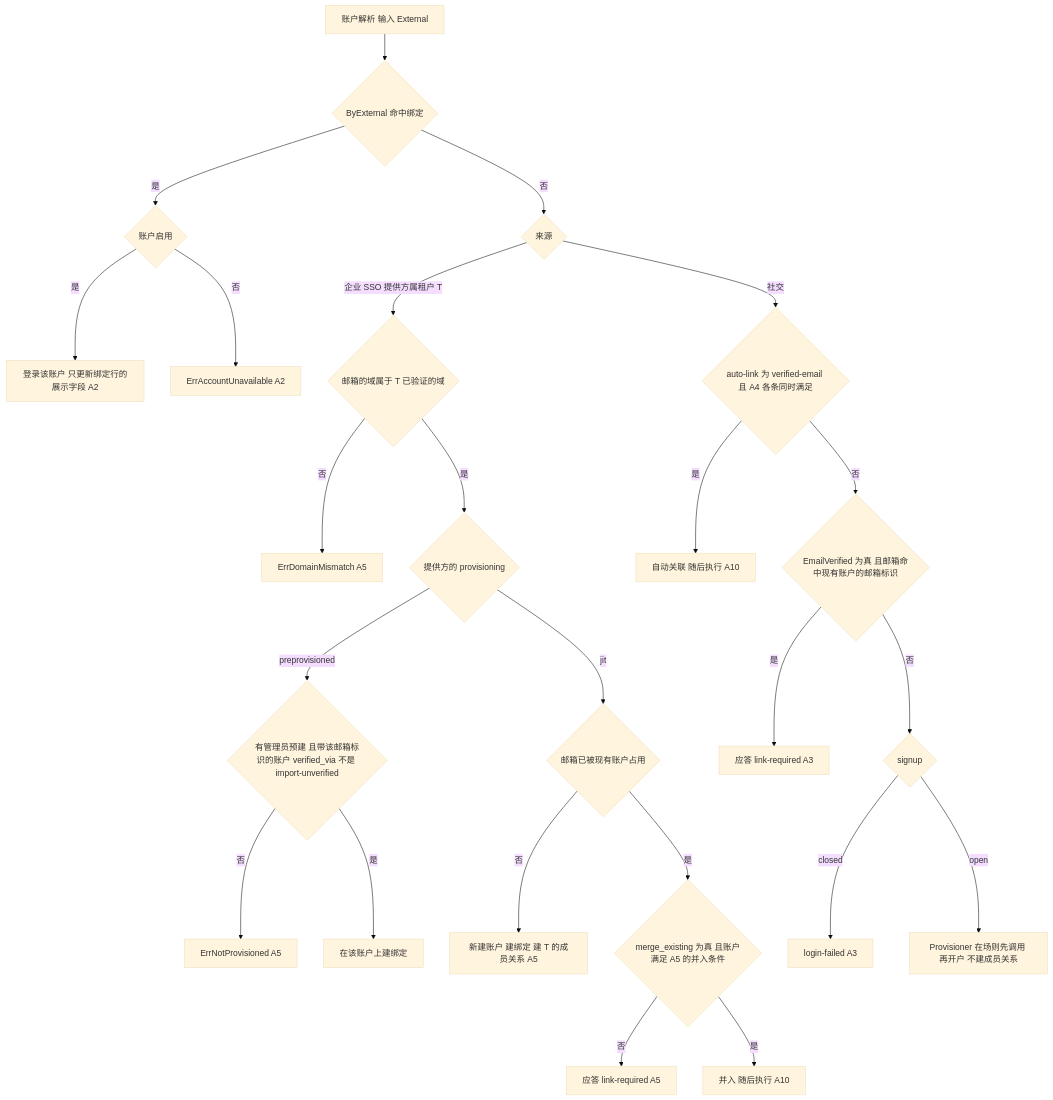
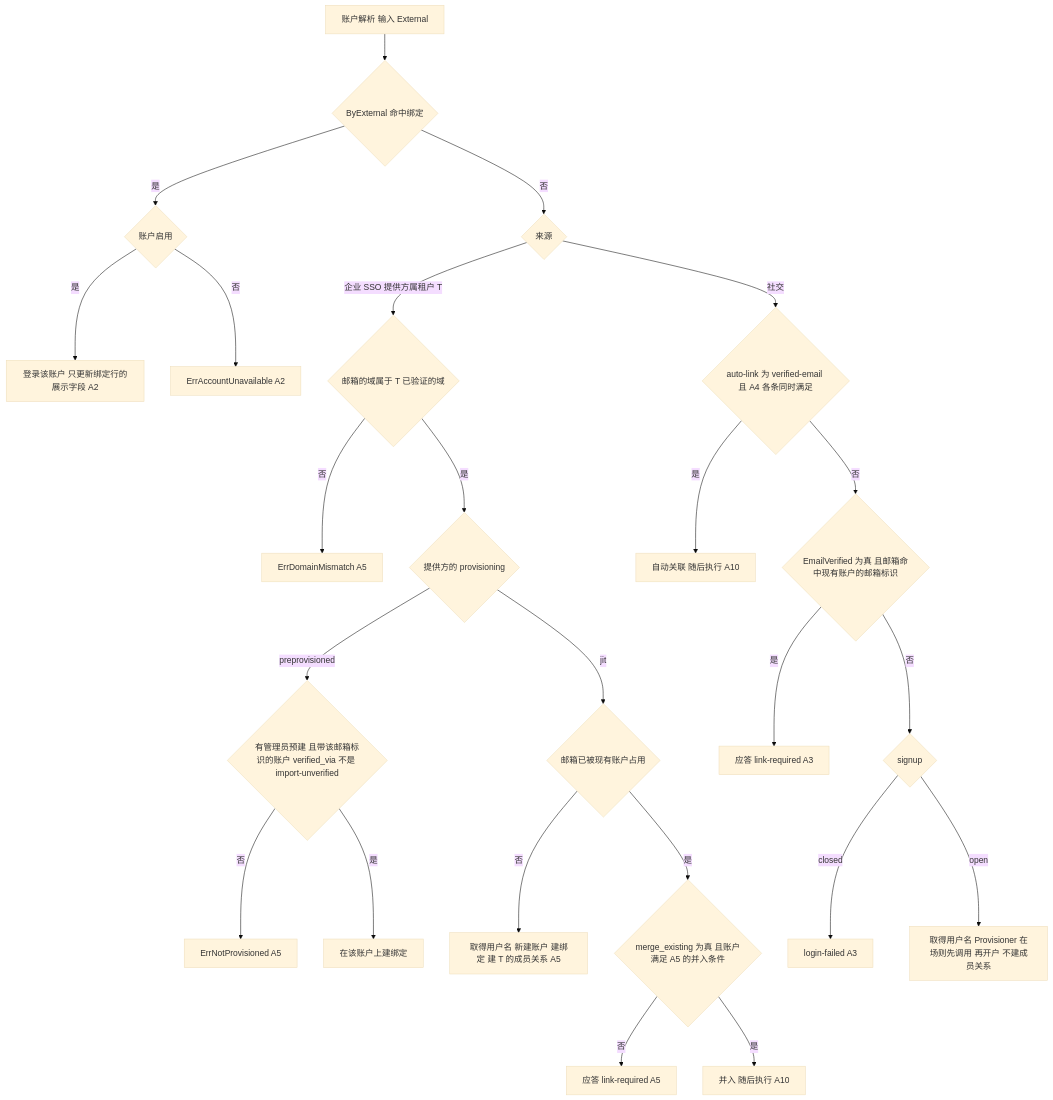
The fourth of 4 diagrams in docs/design/modules/authn/design-authn-account.md (wangzw/speed), drawn with Mermaid (base theme) before and after one commit. The commit also changed other lines of this file and 22 other files, not shown here.

````diff
--- a/docs/design/modules/authn/design-authn-account.md
+++ b/docs/design/modules/authn/design-authn-account.md
@@ -721,26 +724,26 @@
 ```mermaid
 flowchart TD
     S["账户解析 输入 External"] --> B{"ByExternal 命中绑定"}
     B -- 是 --> BA{"账户启用"}
     BA -- 是 --> L1["登录该账户 只更新绑定行的展示字段 A2"]
     BA -- 否 --> F1["ErrAccountUnavailable A2"]
     B -- 否 --> P{"来源"}
     P -- "企业 SSO 提供方属租户 T" --> D{"邮箱的域属于 T 已验证的域"}
     D -- 否 --> F2["ErrDomainMismatch A5"]
     D -- 是 --> PV{"提供方的 provisioning"}
     PV -- preprovisioned --> M1{"有管理员预建 且带该邮箱标识的账户 verified_via 不是 import-unverified"}
     M1 -- 否 --> F3["ErrNotProvisioned A5"]
     M1 -- 是 --> K1["在该账户上建绑定"]
     PV -- jit --> J{"邮箱已被现有账户占用"}
-    J -- 否 --> N1["新建账户 建绑定 建 T 的成员关系 A5"]
+    J -- 否 --> N1["取得用户名 新建账户 建绑定 建 T 的成员关系 A5"]
     J -- 是 --> MG{"merge_existing 为真 且账户满足 A5 的并入条件"}
     MG -- 否 --> LR["应答 link-required A5"]
     MG -- 是 --> MM["并入 随后执行 A10"]
     P -- 社交 --> SA{"auto-link 为 verified-email 且 A4 各条同时满足"}
     SA -- 是 --> MM2["自动关联 随后执行 A10"]
     SA -- 否 --> SB{"EmailVerified 为真 且邮箱命中现有账户的邮箱标识"}
     SB -- 是 --> LR2["应答 link-required A3"]
     SB -- 否 --> SC{"signup"}
     SC -- closed --> F4["login-failed A3"]
-    SC -- open --> PR["Provisioner 在场则先调用 再开户 不建成员关系"]
+    SC -- open --> PR["取得用户名 Provisioner 在场则先调用 再开户 不建成员关系"]
 ```
````
